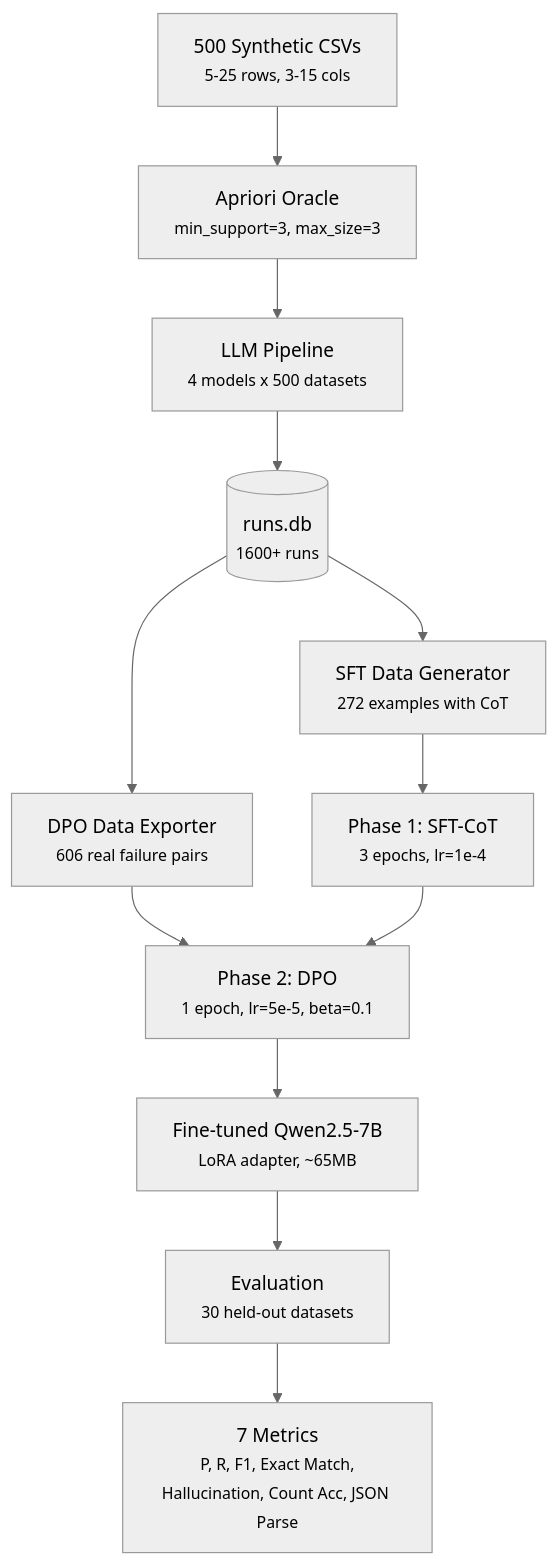
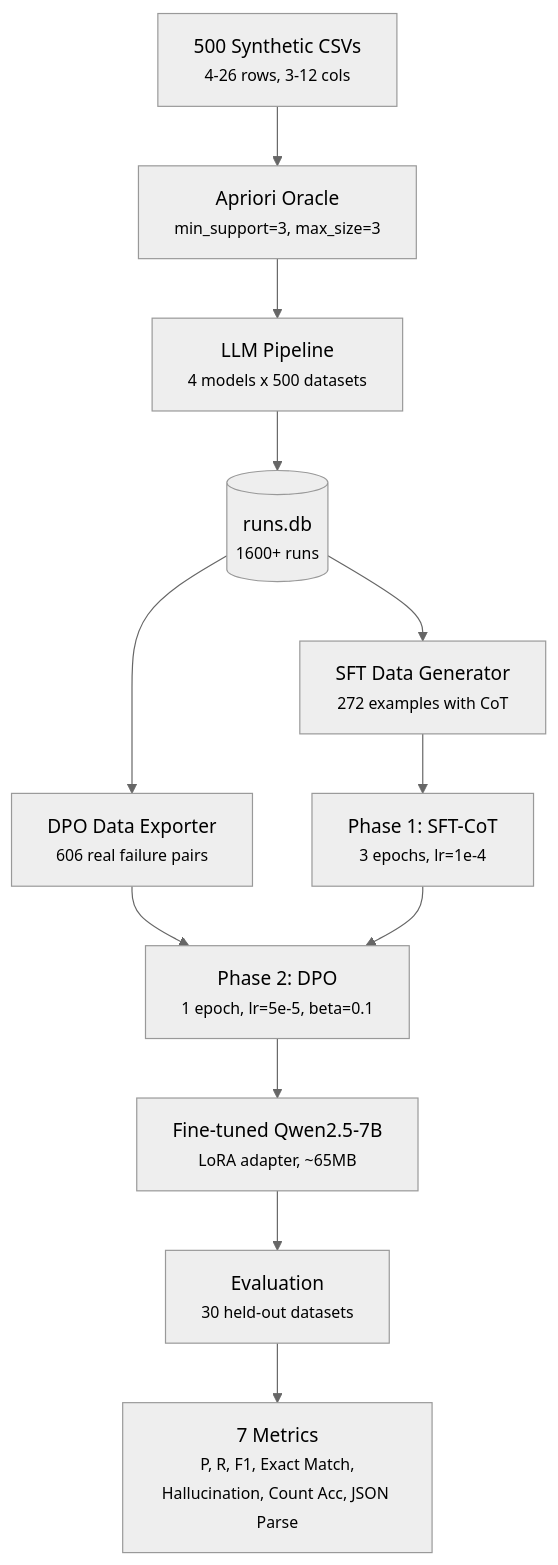
Before and after one commit to oliversl1vka/itemsety-qwen-finetuning: the diagram in docs/index.md, drawn with Mermaid (neutral theme). The commit also changed 122 other files, not shown here.

````diff
--- a/docs/index.md
+++ b/docs/index.md
@@ -45,14 +45,14 @@
 ```mermaid
 flowchart TD
-    A["500 Synthetic CSVs<br/><small>5-25 rows, 3-15 cols</small>"] --> B["Apriori Oracle<br/><small>min_support=3, max_size=3</small>"]
+    A["500 Synthetic CSVs<br/><small>4-26 rows, 3-12 cols</small>"] --> B["Apriori Oracle<br/><small>min_support=3, max_size=3</small>"]
     B --> C["LLM Pipeline<br/><small>4 models x 500 datasets</small>"]
     C --> D[("runs.db<br/><small>1600+ runs</small>")]
     D --> E["SFT Data Generator<br/><small>272 examples with CoT</small>"]
     D --> F["DPO Data Exporter<br/><small>606 real failure pairs</small>"]
     E --> G["Phase 1: SFT-CoT<br/><small>3 epochs, lr=1e-4</small>"]
     F --> H["Phase 2: DPO<br/><small>1 epoch, lr=5e-5, beta=0.1</small>"]
     G --> H
     H --> I["Fine-tuned Qwen2.5-7B<br/><small>LoRA adapter, ~65MB</small>"]
     I --> J["Evaluation<br/><small>30 held-out datasets</small>"]
     J --> K["7 Metrics<br/><small>P, R, F1, Exact Match,<br/>Hallucination, Count Acc, JSON Parse</small>"]
 ```
````
